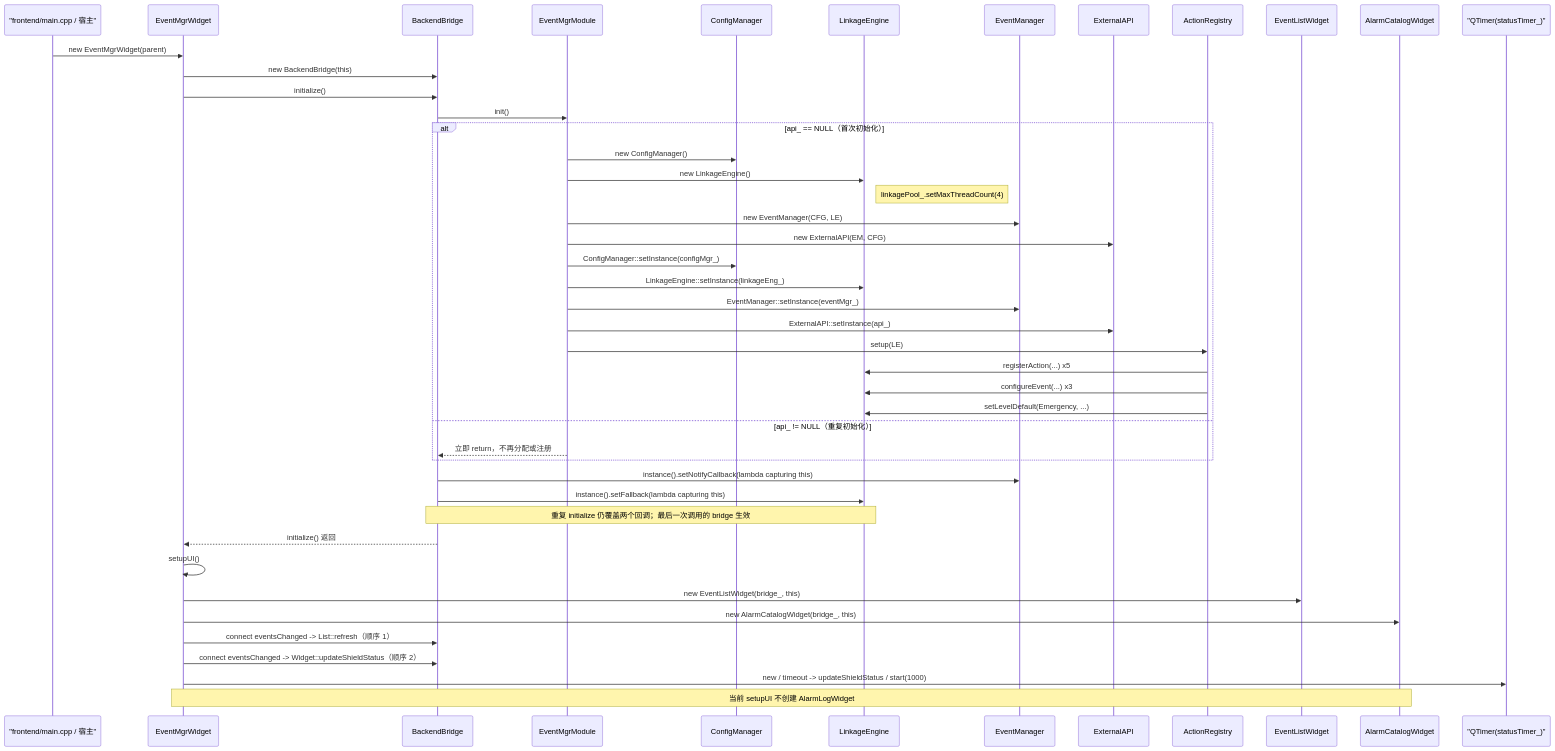
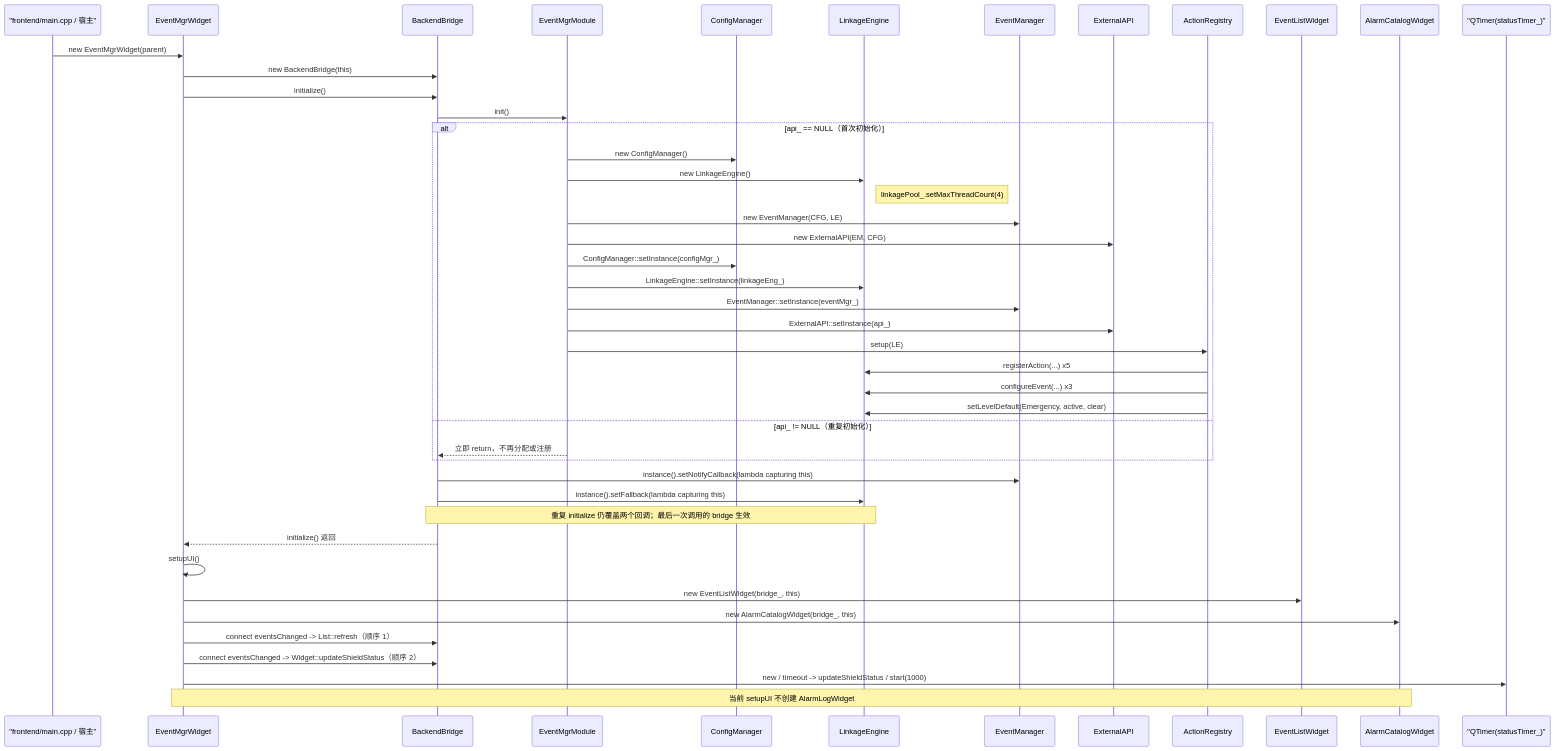
Before and after one commit to ff-fishcodes/EventMgr: the sixth of 13 diagrams in docs/superpowers/specs/2026-07-21-architecture-diagrams.md, drawn with Mermaid. The commit also changed other lines of this file and 6 other files, not shown here.

````diff
--- a/docs/superpowers/specs/2026-07-21-architecture-diagrams.md
+++ b/docs/superpowers/specs/2026-07-21-architecture-diagrams.md
@@ -417,48 +459,48 @@
 ```mermaid
 sequenceDiagram
     participant Host as "frontend/main.cpp / 宿主"
     participant Widget as EventMgrWidget
     participant Bridge as BackendBridge
     participant Module as EventMgrModule
     participant CFG as ConfigManager
     participant LE as LinkageEngine
     participant EM as EventManager
     participant API as ExternalAPI
     participant Registry as ActionRegistry
     participant List as EventListWidget
     participant Catalog as AlarmCatalogWidget
     participant StatusTimer as "QTimer(statusTimer_)"
 
     Host->>Widget: new EventMgrWidget(parent)
     Widget->>Bridge: new BackendBridge(this)
     Widget->>Bridge: initialize()
     Bridge->>Module: init()
     alt api_ == NULL（首次初始化）
         Module->>CFG: new ConfigManager()
         Module->>LE: new LinkageEngine()
         Note right of LE: linkagePool_.setMaxThreadCount(4)
         Module->>EM: new EventManager(CFG, LE)
         Module->>API: new ExternalAPI(EM, CFG)
         Module->>CFG: ConfigManager::setInstance(configMgr_)
         Module->>LE: LinkageEngine::setInstance(linkageEng_)
         Module->>EM: EventManager::setInstance(eventMgr_)
         Module->>API: ExternalAPI::setInstance(api_)
         Module->>Registry: setup(LE)
         Registry->>LE: registerAction(...) x5
         Registry->>LE: configureEvent(...) x3
-        Registry->>LE: setLevelDefault(Emergency, ...)
+        Registry->>LE: setLevelDefault(Emergency, active, clear)
     else api_ != NULL（重复初始化）
         Module-->>Bridge: 立即 return，不再分配或注册
     end
     Bridge->>EM: instance().setNotifyCallback(lambda capturing this)
     Bridge->>LE: instance().setFallback(lambda capturing this)
     Note over Bridge,LE: 重复 initialize 仍覆盖两个回调；最后一次调用的 bridge 生效
     Bridge-->>Widget: initialize() 返回
     Widget->>Widget: setupUI()
     Widget->>List: new EventListWidget(bridge_, this)
     Widget->>Catalog: new AlarmCatalogWidget(bridge_, this)
     Widget->>Bridge: connect eventsChanged -> List::refresh（顺序 1）
     Widget->>Bridge: connect eventsChanged -> Widget::updateShieldStatus（顺序 2）
     Widget->>StatusTimer: new / timeout -> updateShieldStatus / start(1000)
     Note over Widget,Catalog: 当前 setupUI 不创建 AlarmLogWidget
 ```
````
